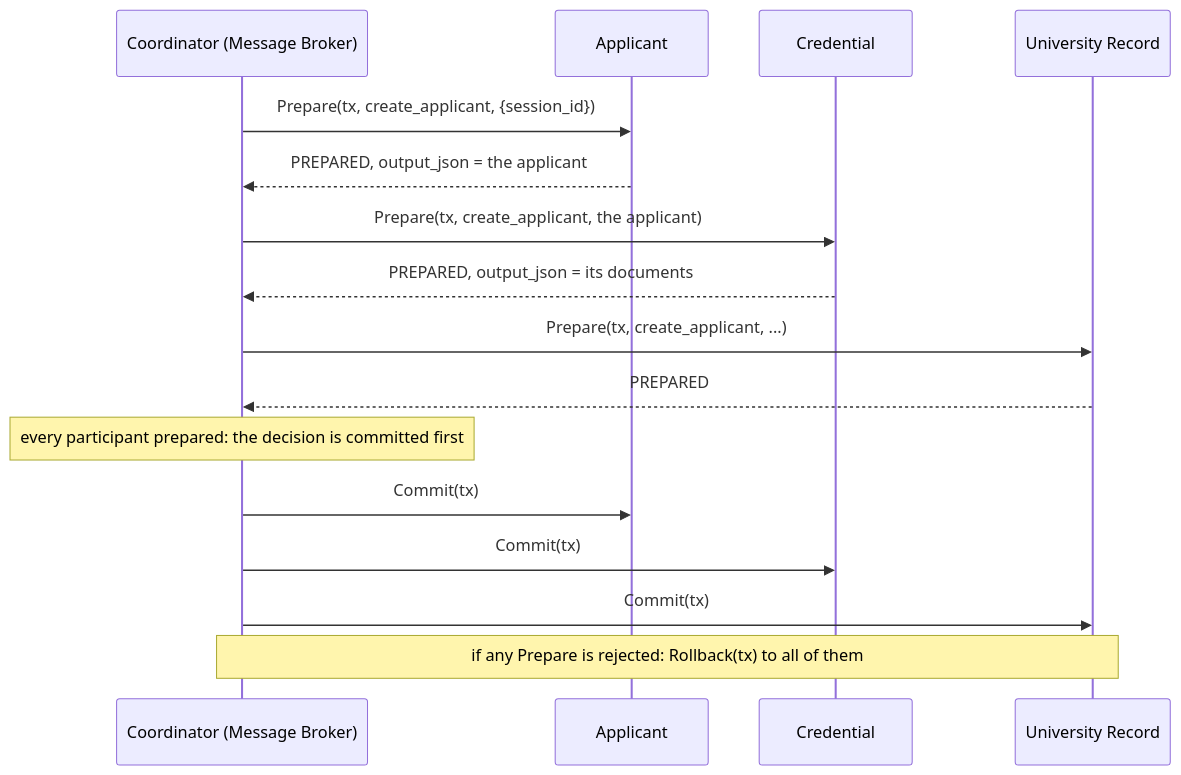
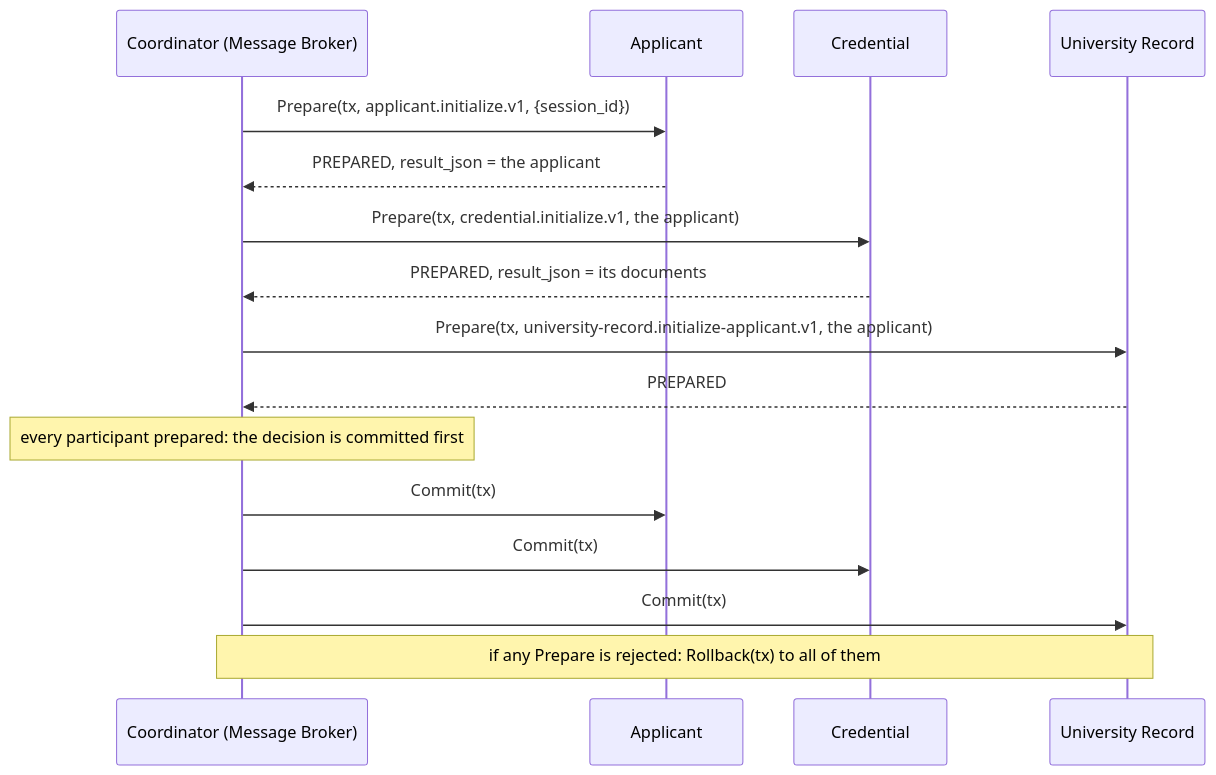
Before and after one commit to AnastasiaT18/pad-team-17-student-id-please: the diagram in docs/two-phase-commit.md, drawn with Mermaid. The commit also changed other lines of this file and 1 other file, not shown here.

Commit message:
Document the Broker's transaction contract for Applicant and Credential

````diff
--- a/docs/two-phase-commit.md
+++ b/docs/two-phase-commit.md
@@ -8,18 +9,18 @@
 ```mermaid
 sequenceDiagram
     participant C as Coordinator (Message Broker)
     participant A as Applicant
     participant R as Credential
     participant U as University Record
-    C->>A: Prepare(tx, create_applicant, {session_id})
-    A-->>C: PREPARED, output_json = the applicant
-    C->>R: Prepare(tx, create_applicant, the applicant)
-    R-->>C: PREPARED, output_json = its documents
-    C->>U: Prepare(tx, create_applicant, ...)
+    C->>A: Prepare(tx, applicant.initialize.v1, {session_id})
+    A-->>C: PREPARED, result_json = the applicant
+    C->>R: Prepare(tx, credential.initialize.v1, the applicant)
+    R-->>C: PREPARED, result_json = its documents
+    C->>U: Prepare(tx, university-record.initialize-applicant.v1, the applicant)
     U-->>C: PREPARED
     Note over C: every participant prepared: the decision is committed first
     C->>A: Commit(tx)
     C->>R: Commit(tx)
     C->>U: Commit(tx)
     Note over C,U: if any Prepare is rejected: Rollback(tx) to all of them
 ```
````
